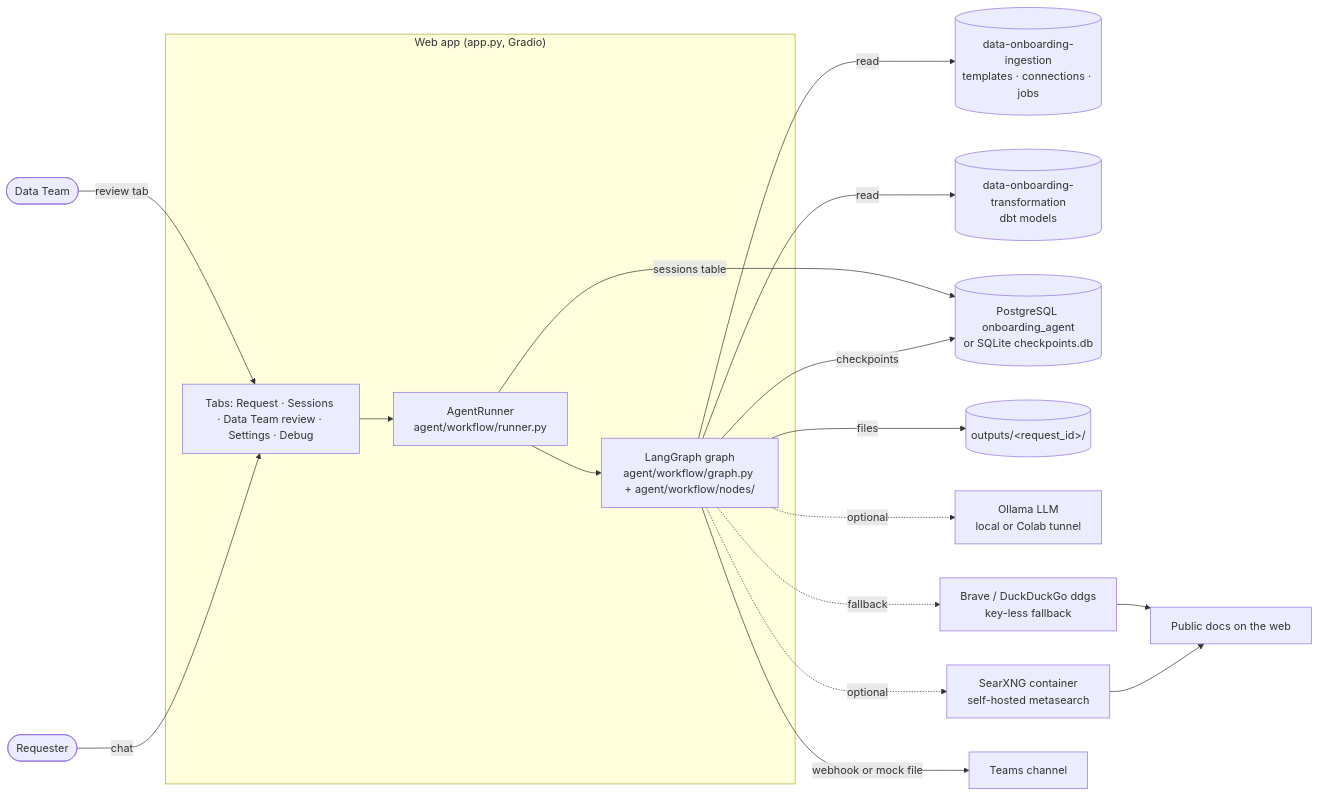
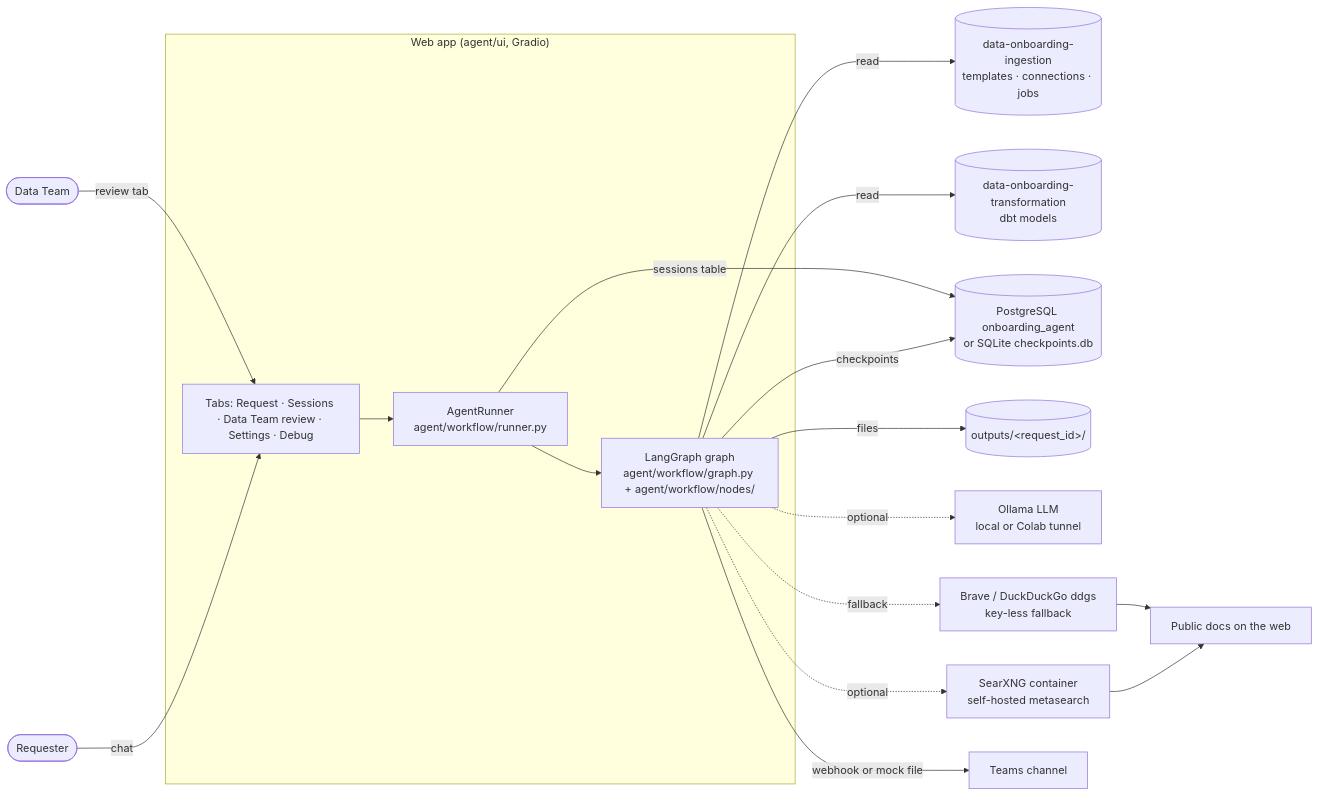
The first of 2 diagrams in docs/architecture.md (thanhphat2609/data-onboarding-agent), drawn with Mermaid before and after one commit. The commit also changed other lines of this file and 9 other files, not shown here.

First line of the commit message:
Split app.py into agent/ui/ (views, handlers, style, layout) (#18)

````diff
--- a/docs/architecture.md
+++ b/docs/architecture.md
@@ -7,22 +7,22 @@
 ```mermaid
 flowchart LR
     R([Requester]) -- chat --> UI
     DT([Data Team]) -- review tab --> UI
-    subgraph App["Web app (app.py, Gradio)"]
+    subgraph App["Web app (agent/ui, Gradio)"]
         UI[Tabs: Request · Sessions · Data Team review · Settings · Debug]
         RUN[AgentRunner<br/>agent/workflow/runner.py]
         G[LangGraph graph<br/>agent/workflow/graph.py + agent/workflow/nodes/]
         UI --> RUN --> G
     end
     G -- read --> ING[(data-onboarding-ingestion<br/>templates · connections · jobs)]
     G -- read --> TRF[(data-onboarding-transformation<br/>dbt models)]
     G -- checkpoints --> DB[(PostgreSQL onboarding_agent<br/>or SQLite checkpoints.db)]
     RUN -- sessions table --> DB
     G -- files --> OUT[(outputs/&lt;request_id&gt;/)]
     G -. optional .-> LLM[Ollama LLM<br/>local or Colab tunnel]
     G -. optional .-> SX[SearXNG container<br/>self-hosted metasearch]
     SX --> WEB[Public docs on the web]
     G -. fallback .-> WEB2[Brave / DuckDuckGo ddgs<br/>key-less fallback]
     WEB2 --> WEB
     G -- webhook or mock file --> T[Teams channel]
 ```
````
